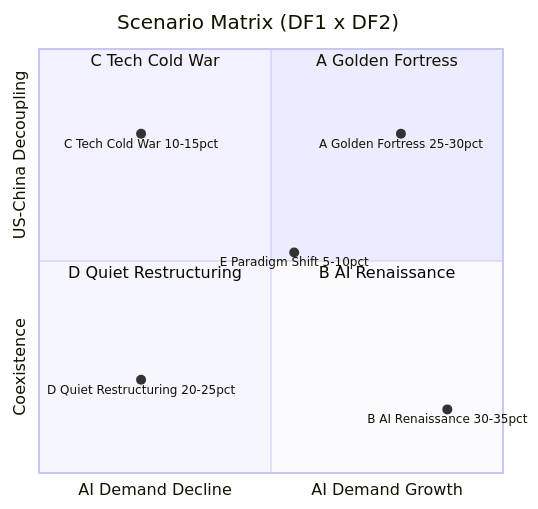
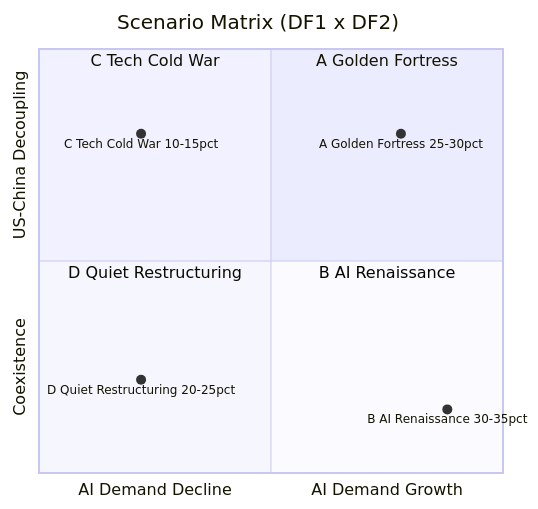
The diagram in report/scenario-planning-report.md (k31001/action-learning), drawn with Mermaid before and after one commit.

Commit message:
quadrantChart E Paradigm Shift 제거: 와일드카드 시나리오는 사분면 미해당

````diff
--- a/report/scenario-planning-report.md
+++ b/report/scenario-planning-report.md
@@ -216,15 +216,14 @@
 ```mermaid
 quadrantChart
     title Scenario Matrix (DF1 x DF2)
     x-axis AI Demand Decline --> AI Demand Growth
     y-axis Coexistence --> US-China Decoupling
     quadrant-1 A Golden Fortress
     quadrant-2 C Tech Cold War
     quadrant-3 D Quiet Restructuring
     quadrant-4 B AI Renaissance
     A Golden Fortress 25-30pct: [0.78, 0.80]
     B AI Renaissance 30-35pct: [0.88, 0.15]
     C Tech Cold War 10-15pct: [0.22, 0.80]
     D Quiet Restructuring 20-25pct: [0.22, 0.22]
-    E Paradigm Shift 5-10pct: [0.55, 0.52]
 ```
````
